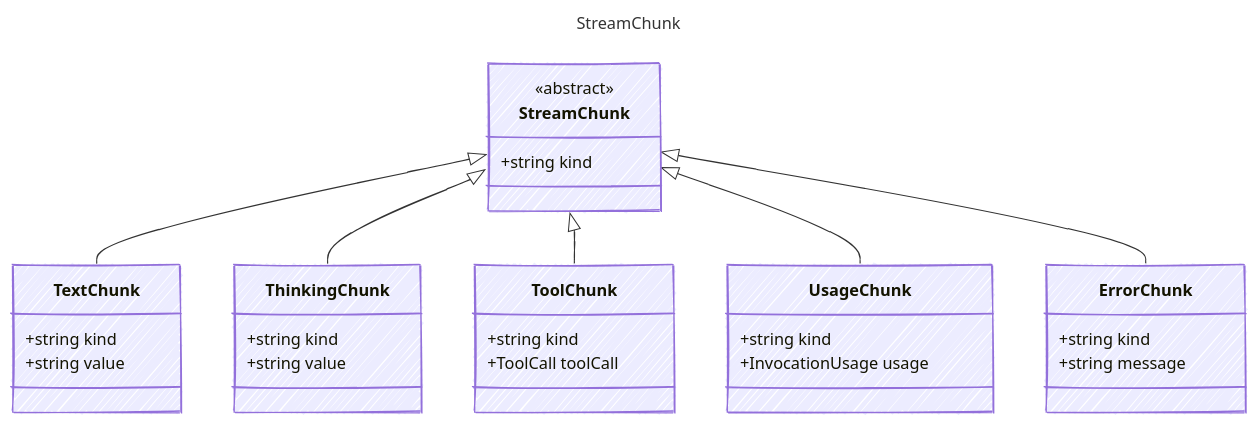
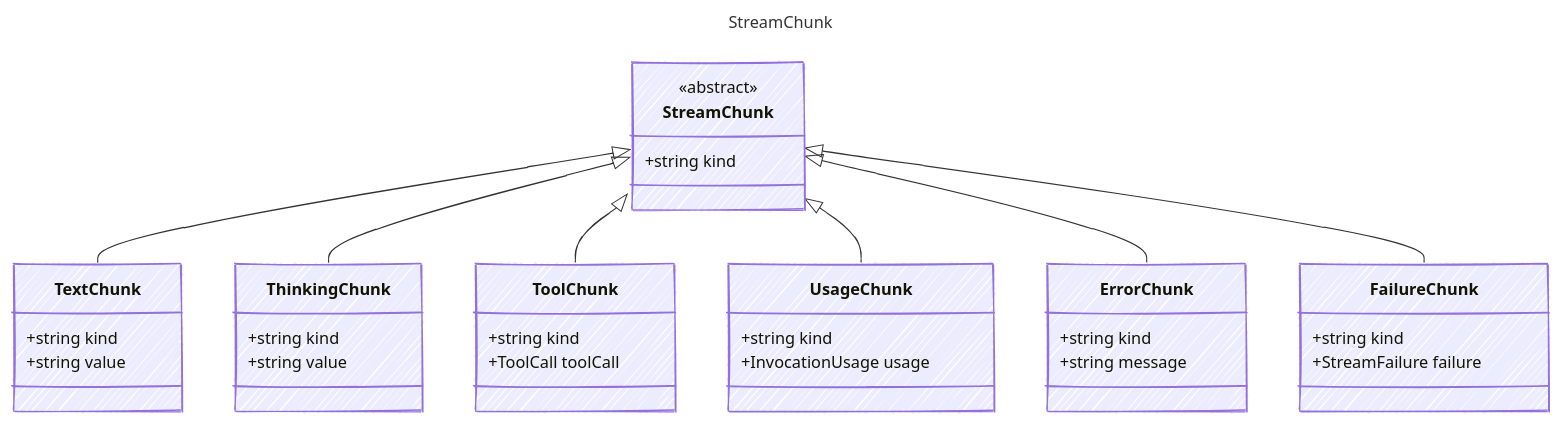
The diagram in web/src/content/docs/reference/StreamChunk.md (microsoft/prompty), drawn with Mermaid before and after one commit. The commit also changed other lines of this file and 52 other files, not shown here.

````diff
--- a/web/src/content/docs/reference/StreamChunk.md
+++ b/web/src/content/docs/reference/StreamChunk.md
@@ -13,40 +13,45 @@
 ```mermaid
 ---
 title: StreamChunk
 config:
   look: handDrawn
   theme: colorful
   class:
     hideEmptyMembersBox: true
 ---
 classDiagram
     class StreamChunk {
       <<abstract>>
         +string kind
     }
     class TextChunk {
         +string kind
         +string value
     }
     StreamChunk <|-- TextChunk
     class ThinkingChunk {
         +string kind
         +string value
     }
     StreamChunk <|-- ThinkingChunk
     class ToolChunk {
         +string kind
         +ToolCall toolCall
     }
     StreamChunk <|-- ToolChunk
     class UsageChunk {
         +string kind
         +InvocationUsage usage
     }
     StreamChunk <|-- UsageChunk
     class ErrorChunk {
         +string kind
         +string message
     }
     StreamChunk <|-- ErrorChunk
+    class FailureChunk {
+        +string kind
+        +StreamFailure failure
+    }
+    StreamChunk <|-- FailureChunk
 ```
````
